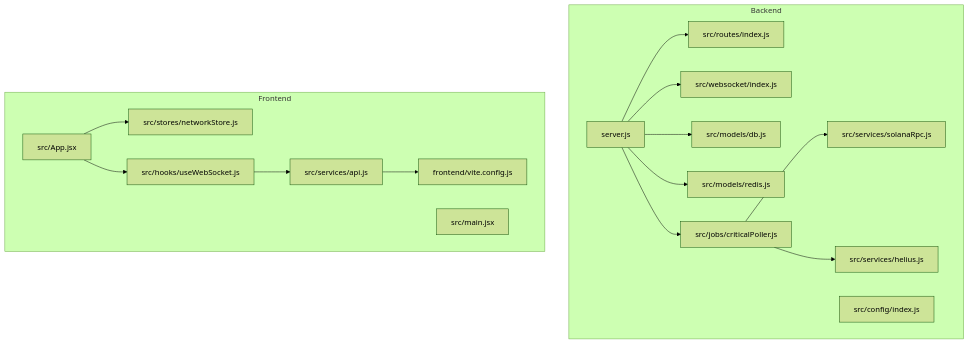
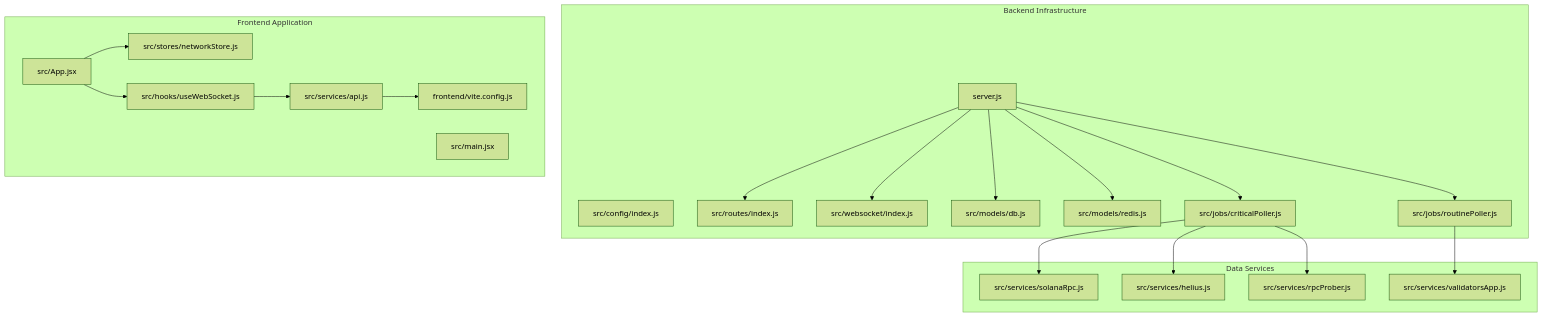
One commit to RunTimeAdmin/InfraWatch changed the first of 4 diagrams in .qoder/repowiki/en/content/Development Guide.md. Above: the diagram before and after it, drawn with Mermaid (forest theme). The commit also changed other lines of this file and 12 other files, not shown here.

Commit message:
fix: add Math.round() to RPC prober latency calculations to prevent floating point display artifacts

````diff
--- a/.qoder/repowiki/en/content/Development Guide.md
+++ b/.qoder/repowiki/en/content/Development Guide.md
@@ -51,33 +57,41 @@
 ```mermaid
 graph TB
-subgraph "Backend"
+subgraph "Backend Infrastructure"
 S["server.js"]
 C["src/config/index.js"]
 R["src/routes/index.js"]
 WS["src/websocket/index.js"]
 DB["src/models/db.js"]
 RD["src/models/redis.js"]
+CP["src/jobs/criticalPoller.js"]
+RP["src/jobs/routinePoller.js"]
+end
+subgraph "Data Services"
 SRV["src/services/solanaRpc.js"]
 H["src/services/helius.js"]
-CP["src/jobs/criticalPoller.js"]
+VA["src/services/validatorsApp.js"]
+RPB["src/services/rpcProber.js"]
 end
-subgraph "Frontend"
+subgraph "Frontend Application"
 APP["src/App.jsx"]
 MAIN["src/main.jsx"]
 API["src/services/api.js"]
 STORE["src/stores/networkStore.js"]
 WS_HOOK["src/hooks/useWebSocket.js"]
 VITE["frontend/vite.config.js"]
 end
 S --> R
 S --> WS
 S --> DB
 S --> RD
 S --> CP
+S --> RP
 CP --> SRV
 CP --> H
+CP --> RPB
+RP --> VA
 APP --> STORE
 APP --> WS_HOOK
 WS_HOOK --> API
 API --> VITE
 ```
````
